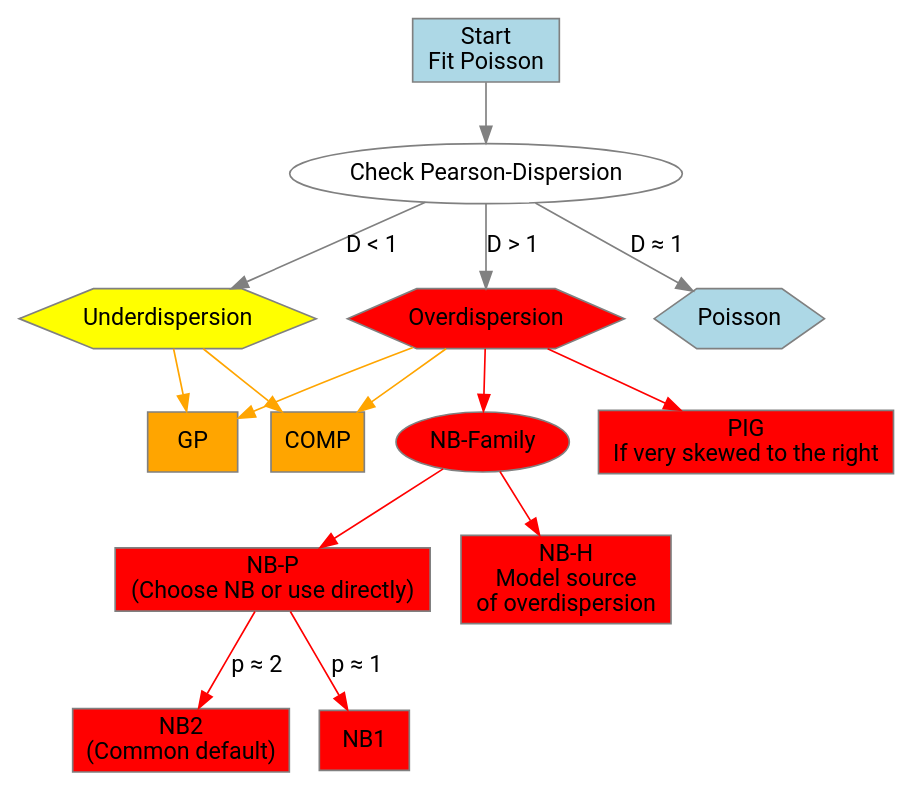
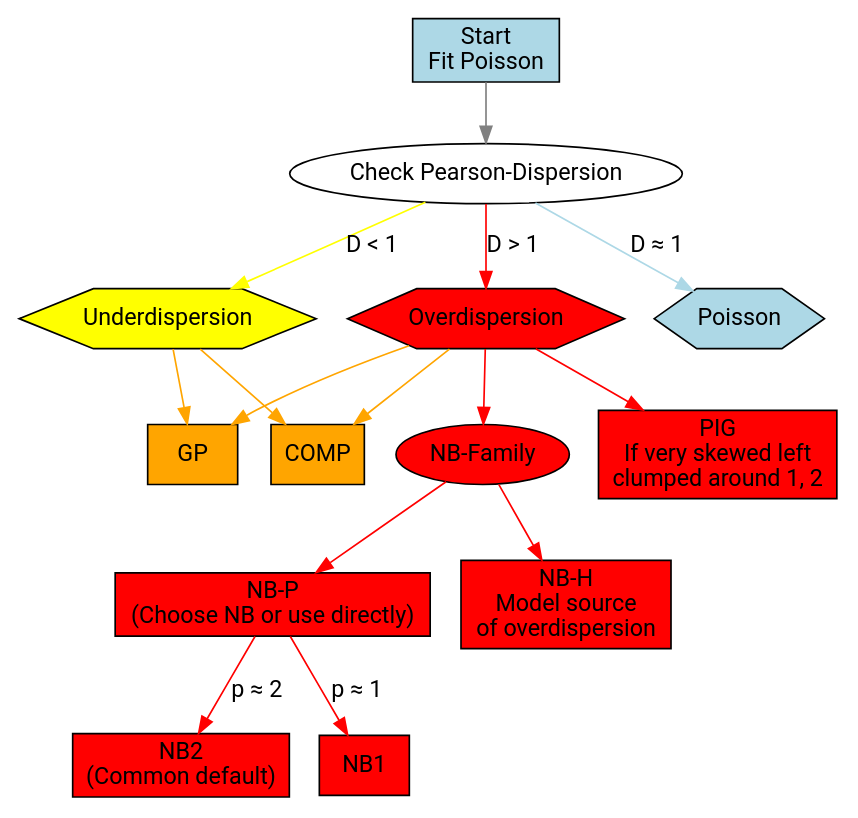
One commit to jemus42/poisson-regression changed the diagram in graphs/decision-guide.dot. Above: the diagram before and after it, drawn with Graphviz. The commit also changed 3 other files, not shown here.

```diff
--- a/graphs/decision-guide.dot
+++ b/graphs/decision-guide.dot
@@ -1,60 +1,60 @@
 digraph decisiontree {
 
 graph [layout = dot]
 
 ################################
 #### Global node attributes ####
 ################################
 node [shape = rectangle,
       style = filled,
-      color = grey,
+      color = black,
       fontname = "Roboto"]
 edge [fontname = "Roboto"]
 
 node [fillcolor = white]
 start [label = "Start\nFit Poisson",
        shape = rectangle,
        fillcolor = "lightblue"]
 
 ################################
 #### First step             ####
 ################################
 node [fillcolor = white]
 checkdisp [label = "Check Pearson-Dispersion", shape = oval]
 
 ud [label = "Underdispersion", fillcolor = "yellow", shape = hexagon]
 pois [label = "Poisson", fillcolor = lightblue, shape = hexagon]
 od [label = "Overdispersion", fillcolor = "red", shape = hexagon]
 
 node [fillcolor = orange]
 
 edge [color = grey]
 start -> checkdisp [label = ""]
-checkdisp -> ud [label = "D < 1"]
-checkdisp -> pois [label = "D ≈ 1"]
-checkdisp -> od [label = "D > 1"]
+checkdisp -> ud [label = "D < 1", color = yellow]
+checkdisp -> pois [label = "D ≈ 1", color = lightblue]
+checkdisp -> od [label = "D > 1", color = red]
 
 node []
 # se_adjust [label = "Adjust SE", color = lightblue]
 nb2 [label = "NB2\n(Common default)", fillcolor = red]
-pig [label = "PIG\nIf very skewed to the right", fillcolor = red]
+pig [label = "PIG\nIf very skewed left\nclumped around 1, 2", fillcolor = red]
 cmp [label = "COMP", fillcolor = orange]
 gpois [label = "GP", fillcolor = orange]
 
 nbp [label = "NB-P\n(Choose NB or use directly)", fillcolor = red]
 nb1 [label = "NB1", fillcolor = red]
 nbh [label = "NB-H\nModel source\nof overdispersion", fillcolor = red]
 nbfam [label = "NB-Family", fillcolor = red, shape = oval]
 
 edge [color = red]
 od -> nbfam
 nbfam -> nbp [label = ""]
 nbp -> nb1 [label = "p ≈ 1"]
 nbp -> nb2 [label = "p ≈ 2"]
 od -> pig [label = ""]
 nbfam -> nbh [label = ""]
 
 edge [color = orange]
 od, ud -> {cmp, gpois}
 
 }
```
